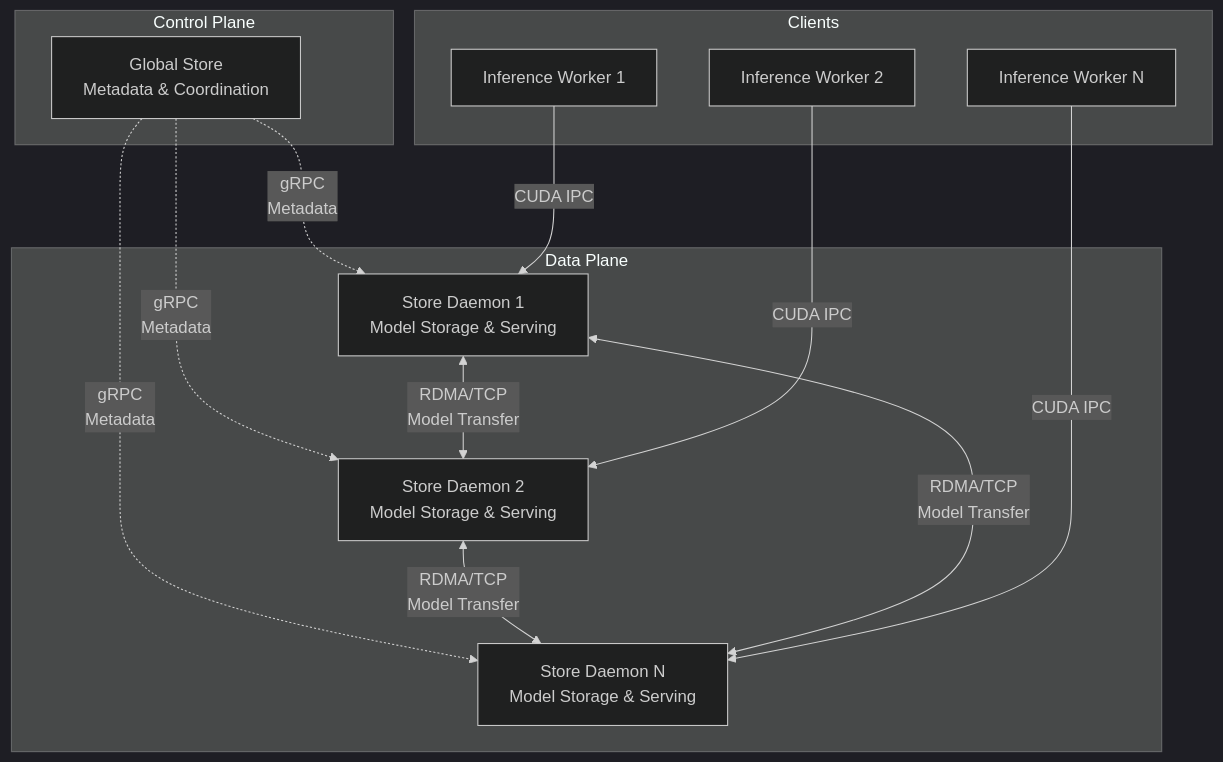
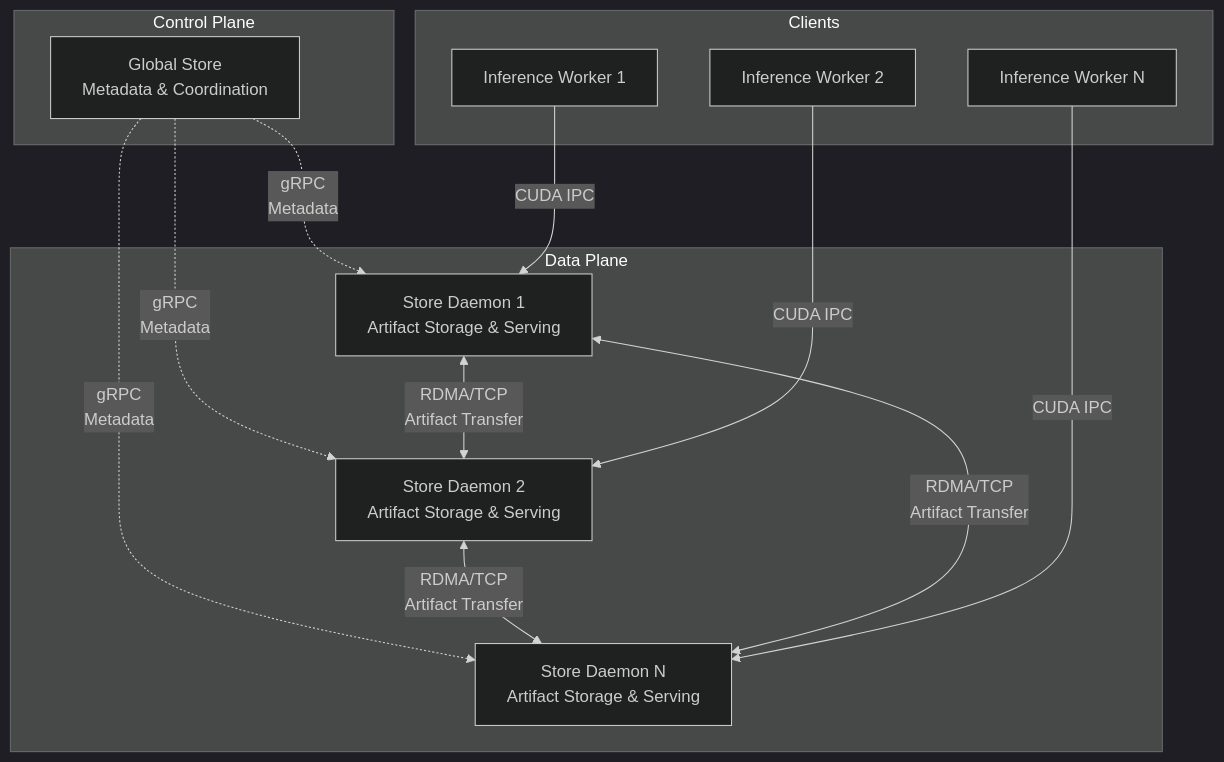
The diagram in web-docs/docs/developer-guides/architecture/architecture-overview.md (tensorcast-ai/tensorcast), drawn with Mermaid (dark theme) before and after one commit. The commit also changed other lines of this file and 331 other files, not shown here.

Commit message:
refactor: refactor model to artifact & replica

````diff
--- a/web-docs/docs/developer-guides/architecture/architecture-overview.md
+++ b/web-docs/docs/developer-guides/architecture/architecture-overview.md
@@ -15,30 +15,30 @@
 ```mermaid
 graph TD
     subgraph "Control Plane"
         GS[Global Store<br/>Metadata & Coordination]
     end
 
     subgraph "Data Plane"
-        SD1[Store Daemon 1<br/>Model Storage & Serving]
-        SD2[Store Daemon 2<br/>Model Storage & Serving]
-        SDN[Store Daemon N<br/>Model Storage & Serving]
+        SD1[Store Daemon 1<br/>Artifact Storage & Serving]
+        SD2[Store Daemon 2<br/>Artifact Storage & Serving]
+        SDN[Store Daemon N<br/>Artifact Storage & Serving]
     end
 
     subgraph "Clients"
         C1[Inference Worker 1]
         C2[Inference Worker 2]
         CN[Inference Worker N]
     end
 
     GS -.->|gRPC<br/>Metadata| SD1
     GS -.->|gRPC<br/>Metadata| SD2
     GS -.->|gRPC<br/>Metadata| SDN
 
-    SD1 <-->|RDMA/TCP<br/>Model Transfer| SD2
-    SD2 <-->|RDMA/TCP<br/>Model Transfer| SDN
-    SD1 <-->|RDMA/TCP<br/>Model Transfer| SDN
+    SD1 <-->|RDMA/TCP<br/>Artifact Transfer| SD2
+    SD2 <-->|RDMA/TCP<br/>Artifact Transfer| SDN
+    SD1 <-->|RDMA/TCP<br/>Artifact Transfer| SDN
 
     C1 -->|CUDA IPC| SD1
     C2 -->|CUDA IPC| SD2
     CN -->|CUDA IPC| SDN
 ```
````
